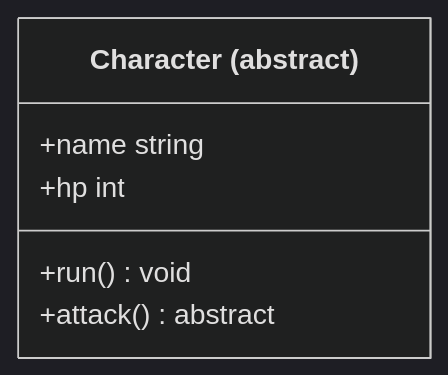
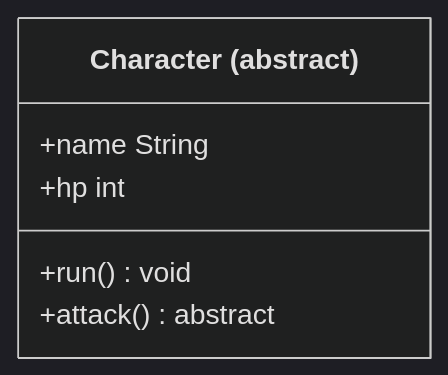
Before and after one commit to naorex/Sukkiri_Java_beginner: the diagram in chapter4/Class.md, drawn with Mermaid (dark theme). The commit also changed 7 other files, not shown here.

````diff
--- a/chapter4/Class.md
+++ b/chapter4/Class.md
@@ -1,11 +1,11 @@
 ```mermaid
 classDiagram
 
 class Character["Character (abstract)"]{
-    +name string
+    +name String
     +hp int
     +run() void
     +attack() abstract
 }
 
 ```
````
